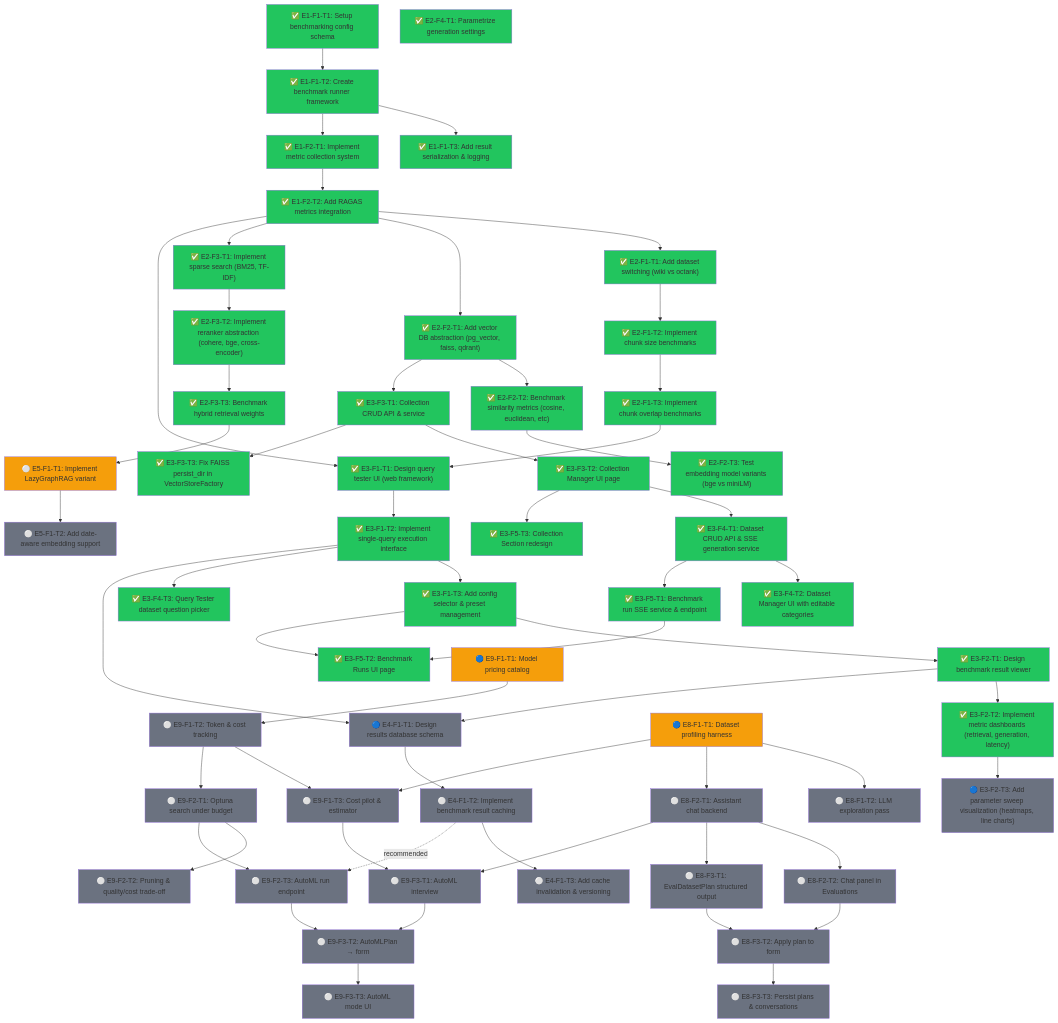
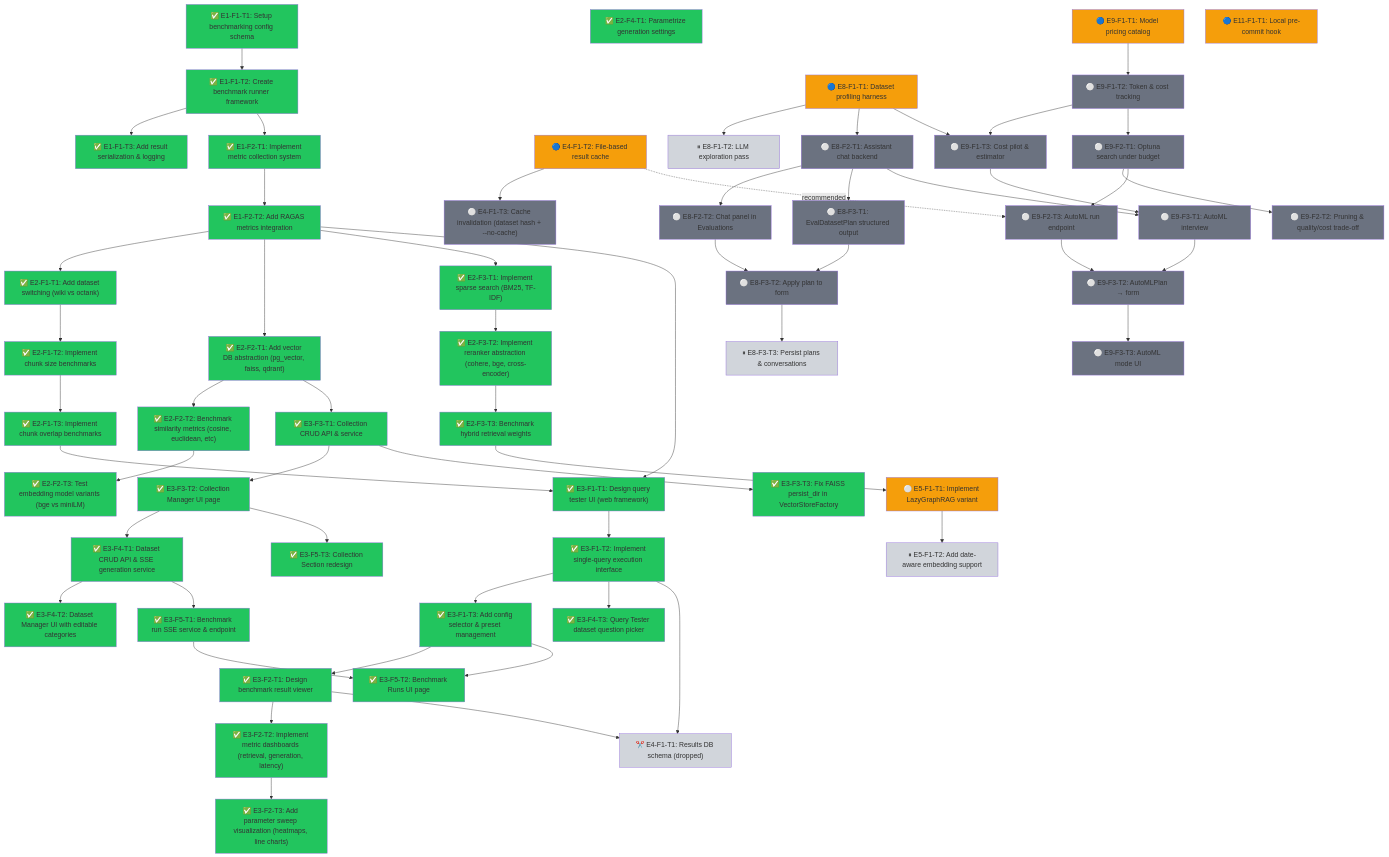
One commit to Vutiot/EvenementsRAG changed the diagram in ROADMAP.md. Above: the diagram before and after it, drawn with Mermaid. The commit also changed other lines of this file, not shown here.

First line of the commit message:
docs(roadmap): scope roadmap for solo local development

````diff
--- a/ROADMAP.md
+++ b/ROADMAP.md
@@ -38,7 +40,7 @@
 
   E3F2T1["✅ E3-F2-T1: Design benchmark result viewer"]
   E3F2T2["✅ E3-F2-T2: Implement metric dashboards (retrieval, generation, latency)"]
-  E3F2T3["🔵 E3-F2-T3: Add parameter sweep visualization (heatmaps, line charts)"]
+  E3F2T3["✅ E3-F2-T3: Add parameter sweep visualization (heatmaps, line charts)"]
 
   E3F3T1["✅ E3-F3-T1: Collection CRUD API & service"]
   E3F3T2["✅ E3-F3-T2: Collection Manager UI page"]
@@ -52,12 +54,12 @@
   E3F5T2["✅ E3-F5-T2: Benchmark Runs UI page"]
   E3F5T3["✅ E3-F5-T3: Collection Section redesign"]
 
-  E4F1T1["🔵 E4-F1-T1: Design results database schema"]
-  E4F1T2["⚪ E4-F1-T2: Implement benchmark result caching"]
-  E4F1T3["⚪ E4-F1-T3: Add cache invalidation & versioning"]
+  E4F1T1["✂️ E4-F1-T1: Results DB schema (dropped)"]
+  E4F1T2["🔵 E4-F1-T2: File-based result cache"]
+  E4F1T3["⚪ E4-F1-T3: Cache invalidation (dataset hash + --no-cache)"]
 
   E5F1T1["⚪ E5-F1-T1: Implement LazyGraphRAG variant"]
-  E5F1T2["⚪ E5-F1-T2: Add date-aware embedding support"]
+  E5F1T2["⏸ E5-F1-T2: Add date-aware embedding support"]
 
   E1F1T1 --> E1F1T2
   E1F1T2 --> E1F1T3
@@ -97,19 +99,18 @@
 
   E3F1T2 --> E4F1T1
   E3F2T1 --> E4F1T1
-  E4F1T1 --> E4F1T2
   E4F1T2 --> E4F1T3
 
   E2F3T3 --> E5F1T1
   E5F1T1 --> E5F1T2
 
   E8F1T1["🔵 E8-F1-T1: Dataset profiling harness"]
-  E8F1T2["⚪ E8-F1-T2: LLM exploration pass"]
+  E8F1T2["⏸ E8-F1-T2: LLM exploration pass"]
   E8F2T1["⚪ E8-F2-T1: Assistant chat backend"]
   E8F2T2["⚪ E8-F2-T2: Chat panel in Evaluations"]
   E8F3T1["⚪ E8-F3-T1: EvalDatasetPlan structured output"]
   E8F3T2["⚪ E8-F3-T2: Apply plan to form"]
-  E8F3T3["⚪ E8-F3-T3: Persist plans & conversations"]
+  E8F3T3["⏸ E8-F3-T3: Persist plans & conversations"]
 
   E9F1T1["🔵 E9-F1-T1: Model pricing catalog"]
   E9F1T2["⚪ E9-F1-T2: Token & cost tracking"]
@@ -142,6 +143,8 @@
   E9F3T2 --> E9F3T3
   E4F1T2 -.->|recommended| E9F2T3
 
+  E11F1T1["🔵 E11-F1-T1: Local pre-commit hook"]
+
   style E1F1T1 fill:#22c55e
   style E1F1T2 fill:#22c55e
   style E1F1T3 fill:#22c55e
@@ -162,7 +165,7 @@
   style E3F1T3 fill:#22c55e
   style E3F2T1 fill:#22c55e
   style E3F2T2 fill:#22c55e
-  style E3F2T3 fill:#6b7280
+  style E3F2T3 fill:#22c55e
   style E3F3T1 fill:#22c55e
   style E3F3T2 fill:#22c55e
   style E3F3T3 fill:#22c55e
@@ -172,18 +175,18 @@
   style E3F5T1 fill:#22c55e
   style E3F5T2 fill:#22c55e
   style E3F5T3 fill:#22c55e
-  style E4F1T1 fill:#6b7280
-  style E4F1T2 fill:#6b7280
+  style E4F1T1 fill:#d1d5db
+  style E4F1T2 fill:#f59e0b
   style E4F1T3 fill:#6b7280
   style E5F1T1 fill:#f59e0b
-  style E5F1T2 fill:#6b7280
+  style E5F1T2 fill:#d1d5db
   style E8F1T1 fill:#f59e0b
-  style E8F1T2 fill:#6b7280
+  style E8F1T2 fill:#d1d5db
   style E8F2T1 fill:#6b7280
   style E8F2T2 fill:#6b7280
   style E8F3T1 fill:#6b7280
   style E8F3T2 fill:#6b7280
-  style E8F3T3 fill:#6b7280
+  style E8F3T3 fill:#d1d5db
   style E9F1T1 fill:#f59e0b
   style E9F1T2 fill:#6b7280
   style E9F1T3 fill:#6b7280
@@ -193,4 +196,5 @@
   style E9F3T1 fill:#6b7280
   style E9F3T2 fill:#6b7280
   style E9F3T3 fill:#6b7280
+  style E11F1T1 fill:#f59e0b
 ```
````
